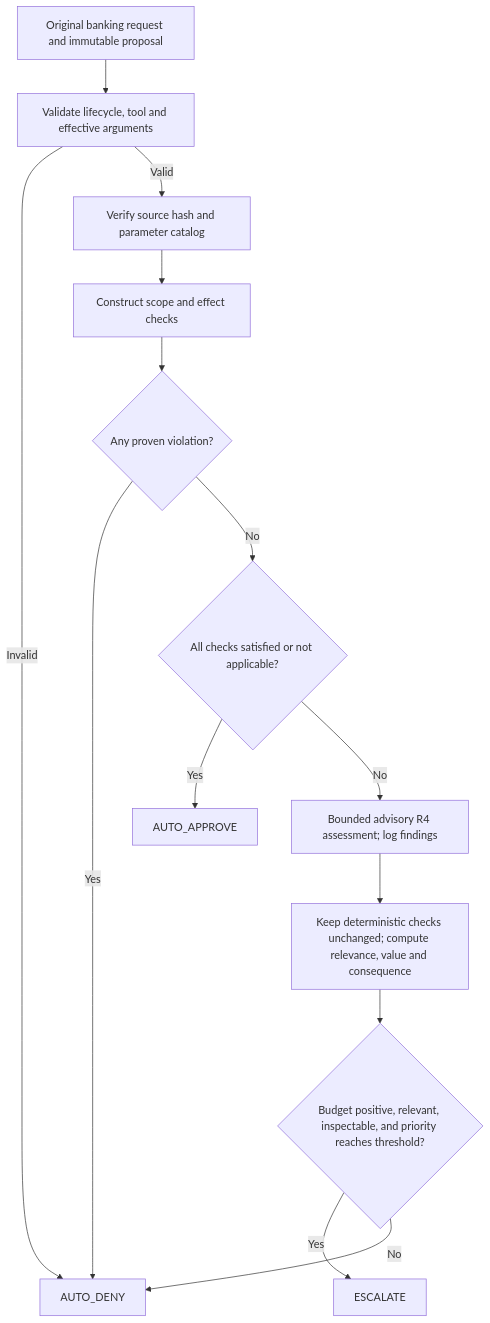
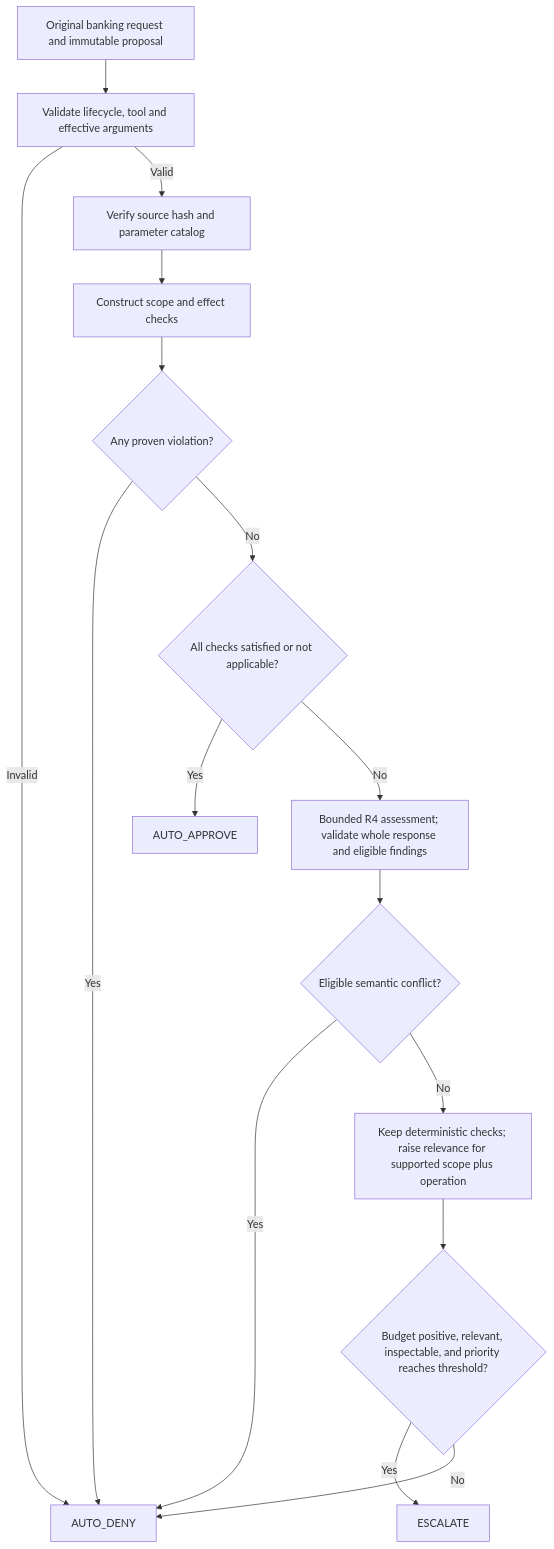
The first of 3 diagrams in docs/BANKING_EVALUATION_GUIDE.md (ChangyanX/SafetyApprovalPolicies), drawn with Mermaid before and after one commit. The commit also changed other lines of this file and 28 other files, not shown here.

````diff
--- a/docs/BANKING_EVALUATION_GUIDE.md
+++ b/docs/BANKING_EVALUATION_GUIDE.md
@@ -38,16 +38,18 @@
 ```mermaid
 flowchart TD
     A["Original banking request and immutable proposal"] --> B["Validate lifecycle, tool and effective arguments"]
     B -->|"Invalid"| D["AUTO_DENY"]
     B -->|"Valid"| C["Verify source hash and parameter catalog"]
     C --> E["Construct scope and effect checks"]
     E --> F{"Any proven violation?"}
     F -->|"Yes"| D
     F -->|"No"| G{"All checks satisfied or not applicable?"}
     G -->|"Yes"| H["AUTO_APPROVE"]
-    G -->|"No"| I["Bounded advisory R4 assessment; log findings"]
-    I --> J["Keep deterministic checks unchanged; compute relevance, value and consequence"]
+    G -->|"No"| I["Bounded R4 assessment; validate whole response and eligible findings"]
+    I --> W{"Eligible semantic conflict?"}
+    W -->|"Yes"| D
+    W -->|"No"| J["Keep deterministic checks; raise relevance for supported scope plus operation"]
     J --> K{"Budget positive, relevant, inspectable, and priority reaches threshold?"}
     K -->|"Yes"| L["ESCALATE"]
     K -->|"No"| D
 ```
````
